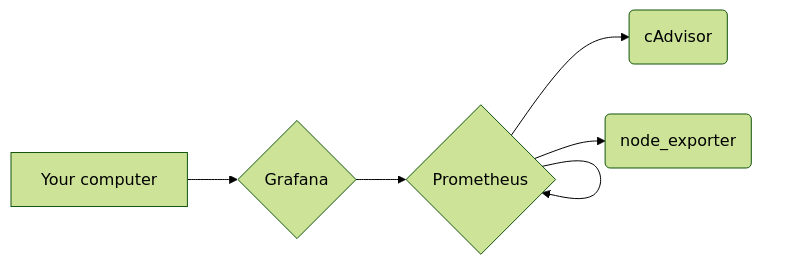
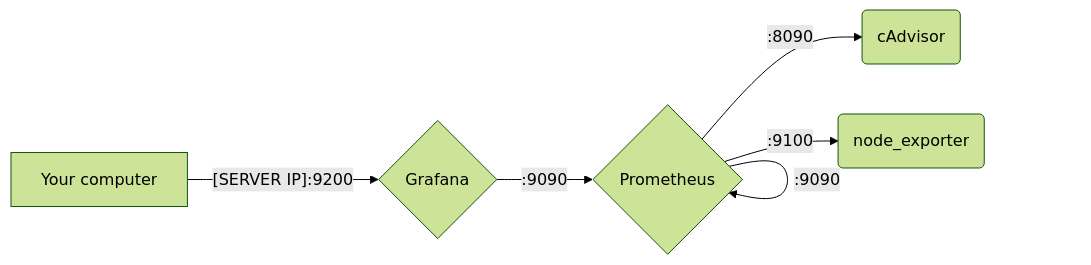
One commit to YR72dpi/debianMonitoring changed the diagram in README.md. Above: the diagram before and after it, drawn with Mermaid (forest theme).

Commit message:
fix: mermaid error

````diff
--- a/README.md
+++ b/README.md
@@ -13,14 +13,14 @@
 ```mermaid
 graph LR;
 grafana{Grafana};
 prometheus{Prometheus};
 cAdvisor(cAdvisor);
 node_exporter(node_exporter);
 computer[Your computer];
 
-prometheus --> cAdvisor;
-prometheus --> node_exporter;
-prometheus --> prometheus;
-grafana --> prometheus;
-computer --> grafana;
+prometheus -- :8090 --> cAdvisor;
+prometheus -- :9100 --> node_exporter;
+prometheus -- :9090 --> prometheus;
+grafana -- :9090 --> prometheus;
+computer -- [SERVER IP]:9200 --> grafana;
 ```
````
